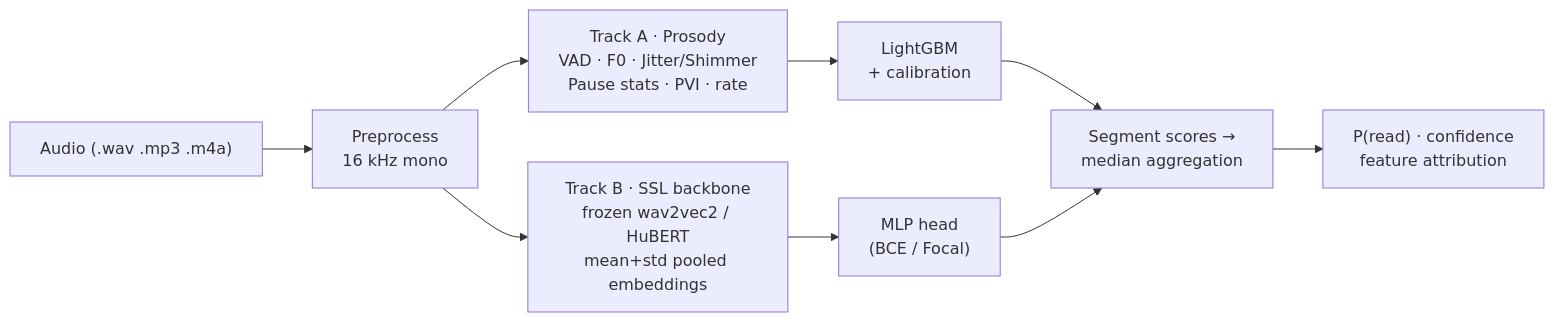
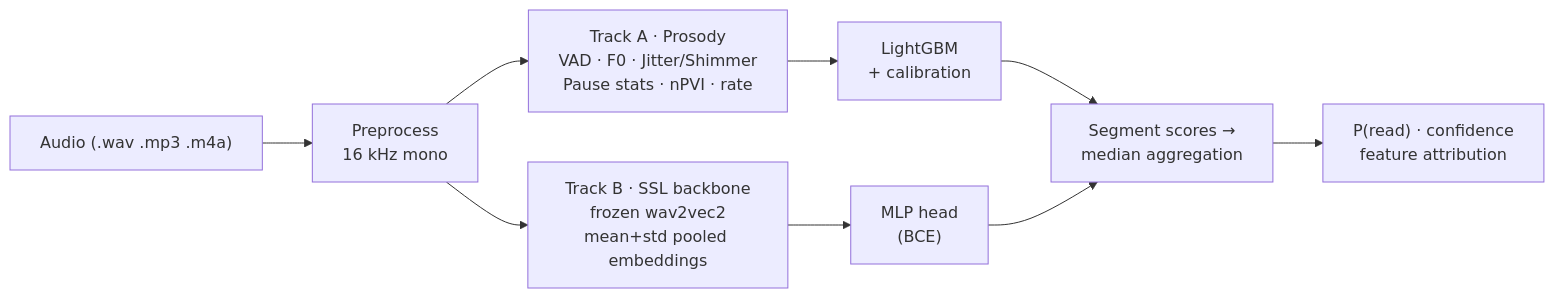
The diagram in README.md (StanleyChanH/VoiceVeritas), drawn with Mermaid before and after one commit. The commit also changed other lines of this file and 1 other file, not shown here.

````diff
--- a/README.md
+++ b/README.md
@@ -68,11 +59,11 @@
 ```mermaid
 flowchart LR
     A["Audio (.wav .mp3 .m4a)"] --> B["Preprocess\n16 kHz mono"]
-    B --> C["Track A · Prosody\nVAD · F0 · Jitter/Shimmer\nPause stats · PVI · rate"]
-    B --> D["Track B · SSL backbone\nfrozen wav2vec2 / HuBERT\nmean+std pooled embeddings"]
+    B --> C["Track A · Prosody\nVAD · F0 · Jitter/Shimmer\nPause stats · nPVI · rate"]
+    B --> D["Track B · SSL backbone\nfrozen wav2vec2\nmean+std pooled embeddings"]
     C --> E["LightGBM\n+ calibration"]
-    D --> F["MLP head\n(BCE / Focal)"]
+    D --> F["MLP head\n(BCE)"]
     E --> G["Segment scores →\nmedian aggregation"]
     F --> G
     G --> H["P(read) · confidence\nfeature attribution"]
 ```
````
